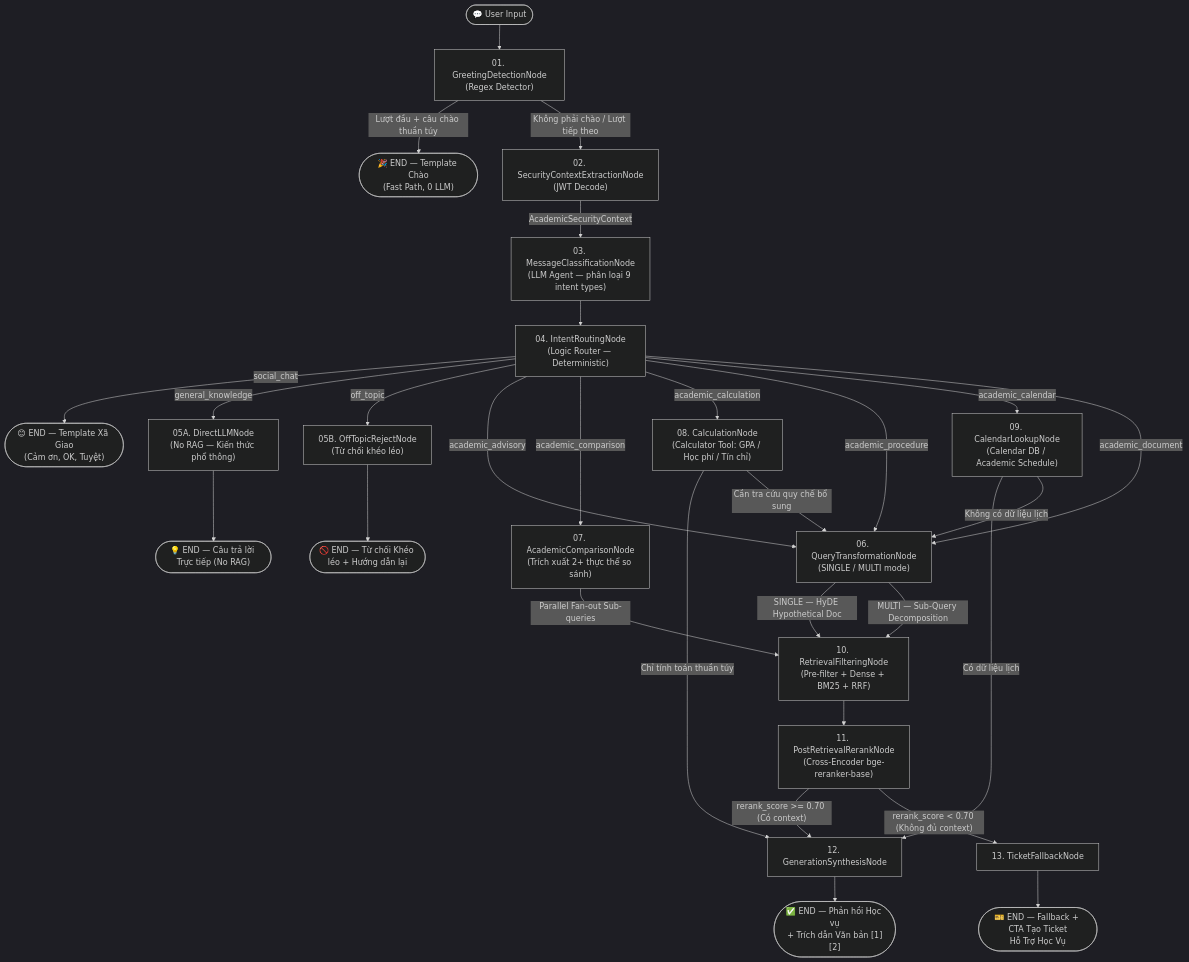
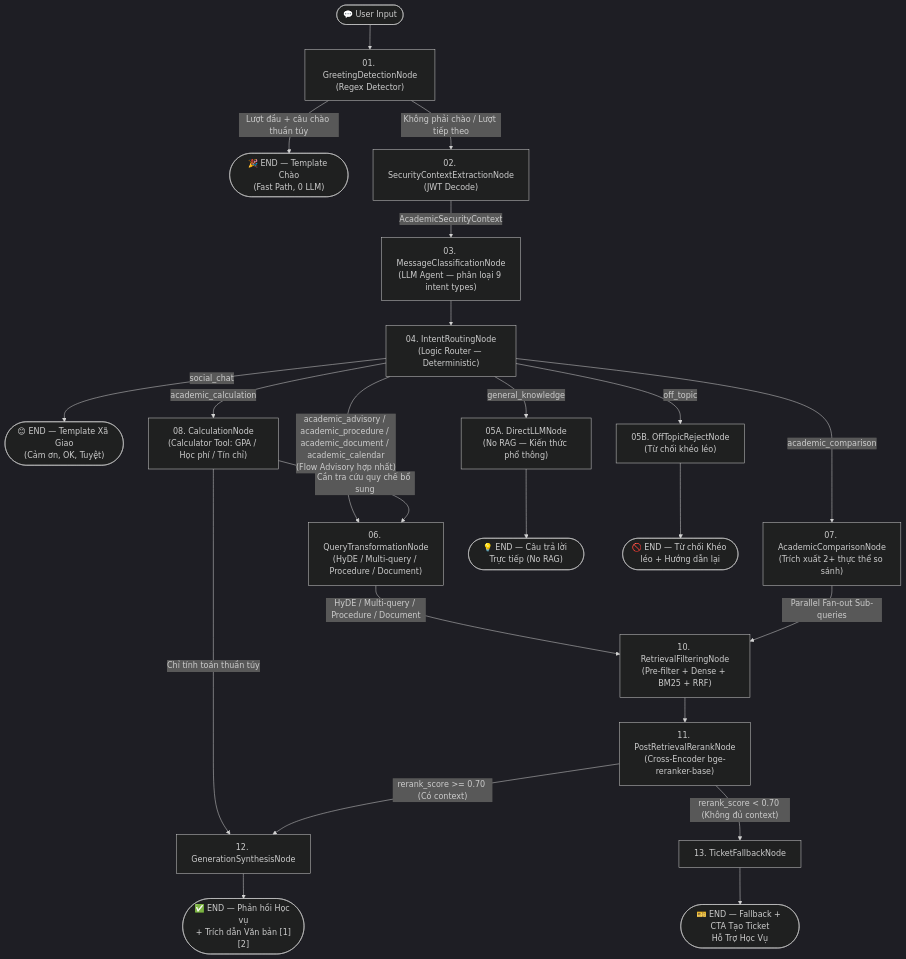
The diagram in KLTN/nodes/kltn_graph_overview.md (hoanghuy04/RAG_Graph), drawn with Mermaid (dark theme) before and after one commit. The commit also changed other lines of this file and 22 other files, not shown here.

````diff
--- a/KLTN/nodes/kltn_graph_overview.md
+++ b/KLTN/nodes/kltn_graph_overview.md
@@ -45,53 +43,45 @@
 ```mermaid
 graph TD
     Start(["💬 User Input"]) --> G01["01. GreetingDetectionNode\n(Regex Detector)"]
 
     %% ========== TIER 0: FAST PATH ==========
     G01 -->|"Lượt đầu + câu chào thuần túy"| EndGreet(["🎉 END — Template Chào\n(Fast Path, 0 LLM)"])
     G01 -->|"Không phải chào / Lượt tiếp theo"| G02["02. SecurityContextExtractionNode\n(JWT Decode)"]
 
     %% ========== Security Context ==========
     G02 -->|"AcademicSecurityContext"| G03["03. MessageClassificationNode\n(LLM Agent — phân loại 9 intent types)"]
 
     %% ========== TIER 1: INTENT CLASSIFICATION ==========
     G03 --> G04["04. IntentRoutingNode\n(Logic Router — Deterministic)"]
 
     %% ========== Routing Branches ==========
     G04 -->|"social_chat"| EndSocial(["😊 END — Template Xã Giao\n(Cảm ơn, OK, Tuyệt)"])
     G04 -->|"general_knowledge"| G05A["05A. DirectLLMNode\n(No RAG — Kiến thức phổ thông)"]
     G04 -->|"off_topic"| G05B["05B. OffTopicRejectNode\n(Từ chối khéo léo)"]
-    G04 -->|"academic_advisory"| G06["06. QueryTransformationNode\n(SINGLE / MULTI mode)"]
+    G04 -->|"academic_advisory / academic_procedure / academic_document / academic_calendar\n(Flow Advisory hợp nhất)"| G06["06. QueryTransformationNode\n(HyDE / Multi-query / Procedure / Document)"]
     G04 -->|"academic_comparison"| G07["07. AcademicComparisonNode\n(Trích xuất 2+ thực thể so sánh)"]
     G04 -->|"academic_calculation"| G08["08. CalculationNode\n(Calculator Tool: GPA / Học phí / Tín chỉ)"]
-    G04 -->|"academic_procedure"| G06
-    G04 -->|"academic_calendar"| G09["09. CalendarLookupNode\n(Calendar DB / Academic Schedule)"]
-    G04 -->|"academic_document"| G06
 
     %% ========== TIER 1 EXITS ==========
     G05A --> EndDirect(["💡 END — Câu trả lời Trực tiếp (No RAG)"])
     G05B --> EndReject(["🚫 END — Từ chối Khéo léo + Hướng dẫn lại"])
 
     %% ========== TIER 2: CALCULATION ==========
     G08 -->|"Chỉ tính toán thuần túy"| G12["12. GenerationSynthesisNode"]
     G08 -->|"Cần tra cứu quy chế bổ sung"| G06
 
-    %% ========== TIER 3: CALENDAR ==========
-    G09 -->|"Có dữ liệu lịch"| G12
-    G09 -->|"Không có dữ liệu lịch"| G06
-
-    %% ========== TIER 4 & 5: RAG PIPELINE ==========
-    G06 -->|"SINGLE — HyDE Hypothetical Doc"| G10["10. RetrievalFilteringNode\n(Pre-filter + Dense + BM25 + RRF)"]
-    G06 -->|"MULTI — Sub-Query Decomposition"| G10
+    %% ========== TIER 4 & 5: RAG PIPELINE (bao gồm cả Calendar — không có DB riêng) ==========
+    G06 -->|"HyDE / Multi-query / Procedure / Document"| G10["10. RetrievalFilteringNode\n(Pre-filter + Dense + BM25 + RRF)"]
 
     G07 -->|"Parallel Fan-out Sub-queries"| G10
 
     G10 --> G11["11. PostRetrievalRerankNode\n(Cross-Encoder bge-reranker-base)"]
 
     %% ========== Score Threshold Decision ==========
     G11 -->|"rerank_score >= 0.70 (Có context)"| G12
     G11 -->|"rerank_score < 0.70 (Không đủ context)"| G13["13. TicketFallbackNode"]
 
     %% ========== FINAL OUTPUTS ==========
     G12 --> EndSuccess(["✅ END — Phản hồi Học vụ\n+ Trích dẫn Văn bản [1][2]"])
     G13 --> EndTicket(["🎫 END — Fallback + CTA Tạo Ticket\nHỗ Trợ Học Vụ"])
 ```
````
